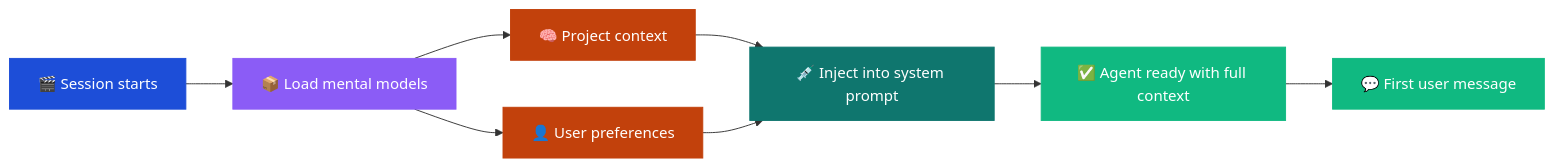
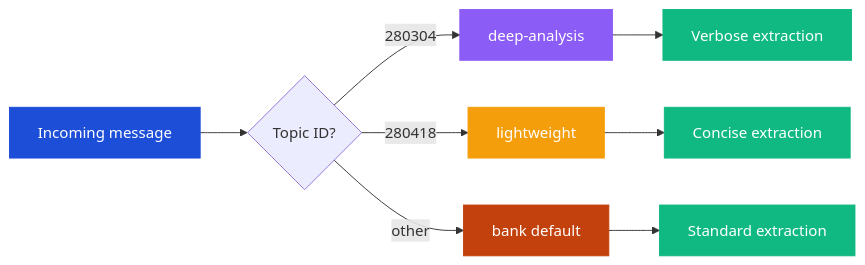
One commit to mrkhachaturov/hindclaw changed the sixth of 7 diagrams in README.md. Above: the diagram before and after it, drawn with Mermaid. The commit also changed other lines of this file and 8 other files, not shown here.

First line of the commit message:
docs: update docs for server-side architecture and Terraform provider

````diff
--- a/README.md
+++ b/README.md
@@ -187,18 +345,18 @@
 ```mermaid
 graph LR
-    START["🎬 Session starts"] --> LOAD["📦 Load mental models"]
-    LOAD --> M1["🧠 Project context"]
-    LOAD --> M2["👤 User preferences"]
-    M1 --> INJECT["💉 Inject into system prompt"]
-    M2 --> INJECT
-    INJECT --> READY["✅ Agent ready with full context"]
-    READY --> MSG1["💬 First user message"]
+    MSG["Incoming message"] --> TOPIC{"Topic ID?"}
+    TOPIC -->|280304| DEEP["deep-analysis"]
+    TOPIC -->|280418| LIGHT["lightweight"]
+    TOPIC -->|other| DEFAULT["bank default"]
+    DEEP --> RETAIN1["Verbose extraction"]
+    LIGHT --> RETAIN2["Concise extraction"]
+    DEFAULT --> RETAIN3["Standard extraction"]
 
-    style START fill:#1d4ed8,color:#fff,stroke:#1d4ed8
-    style LOAD fill:#8b5cf6,color:#fff,stroke:#8b5cf6
-    style M1 fill:#c2410c,color:#fff,stroke:#c2410c
-    style M2 fill:#c2410c,color:#fff,stroke:#c2410c
-    style INJECT fill:#0f766e,color:#fff,stroke:#0f766e
-    style READY fill:#10b981,color:#fff,stroke:#10b981
-    style MSG1 fill:#10b981,color:#fff,stroke:#10b981
+    style MSG fill:#1d4ed8,color:#fff,stroke:#1d4ed8
+    style DEEP fill:#8b5cf6,color:#fff,stroke:#8b5cf6
+    style LIGHT fill:#f59e0b,color:#fff,stroke:#f59e0b
+    style DEFAULT fill:#c2410c,color:#fff,stroke:#c2410c
+    style RETAIN1 fill:#10b981,color:#fff,stroke:#10b981
+    style RETAIN2 fill:#10b981,color:#fff,stroke:#10b981
+    style RETAIN3 fill:#10b981,color:#fff,stroke:#10b981
 ```
````
